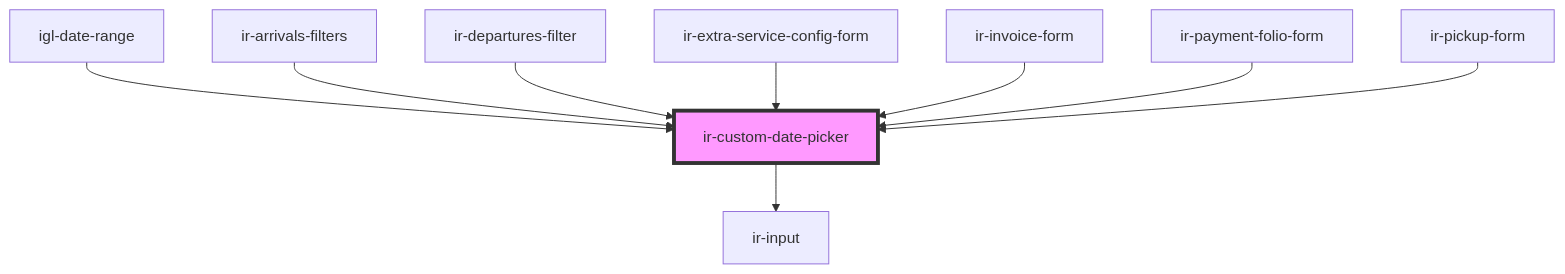
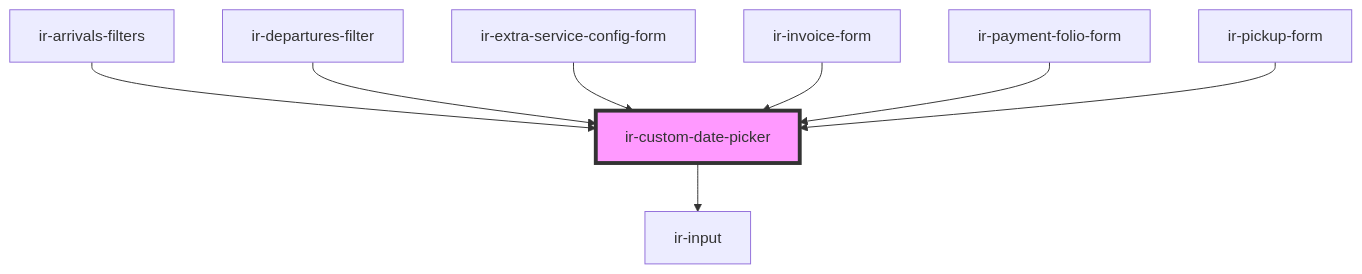
One commit to RonyRizk/ir-webcmp changed the diagram in src/components/ir-custom-date-picker/readme.md. Above: the diagram before and after it, drawn with Mermaid. The commit also changed other lines of this file and 235 other files, not shown here.

````diff
--- a/src/components/ir-custom-date-picker/readme.md
+++ b/src/components/ir-custom-date-picker/readme.md
@@ -84,12 +84,11 @@
 ```mermaid
 graph TD;
   ir-custom-date-picker --> ir-input
-  igl-date-range --> ir-custom-date-picker
   ir-arrivals-filters --> ir-custom-date-picker
   ir-departures-filter --> ir-custom-date-picker
   ir-extra-service-config-form --> ir-custom-date-picker
   ir-invoice-form --> ir-custom-date-picker
   ir-payment-folio-form --> ir-custom-date-picker
   ir-pickup-form --> ir-custom-date-picker
   style ir-custom-date-picker fill:#f9f,stroke:#333,stroke-width:4px
 ```
````
